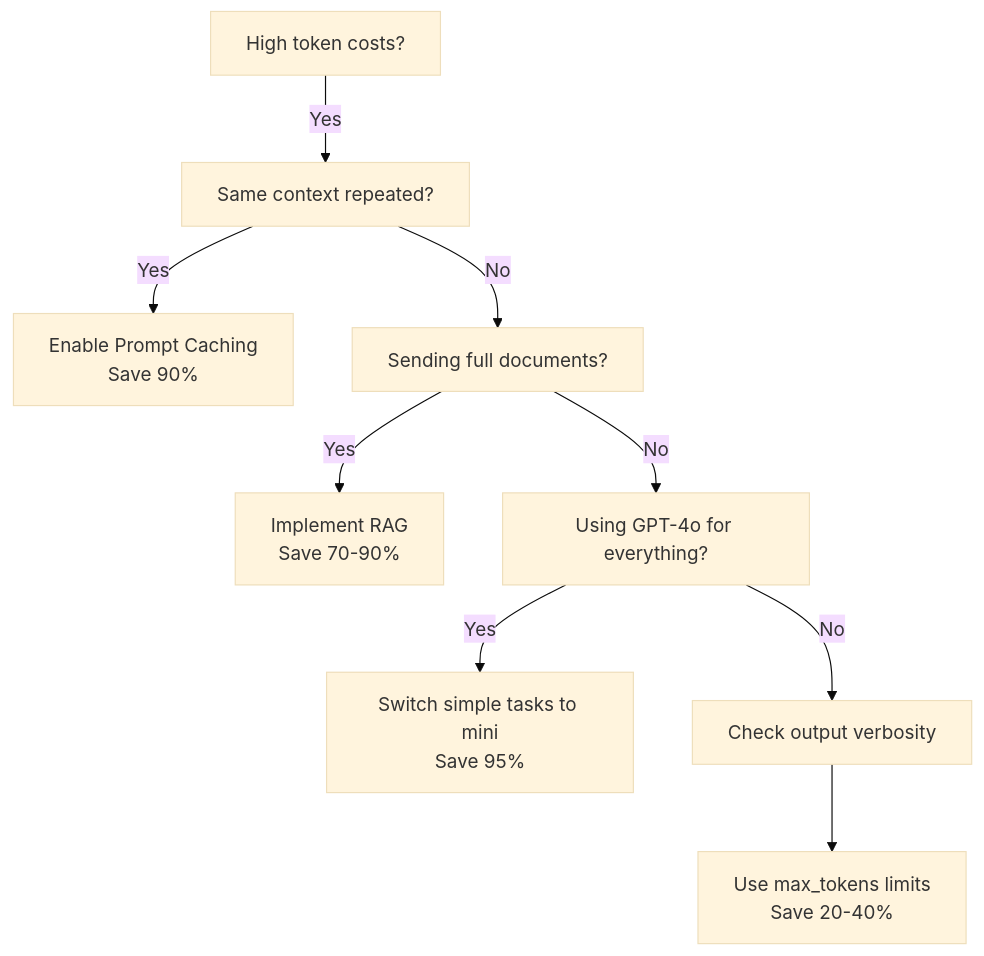
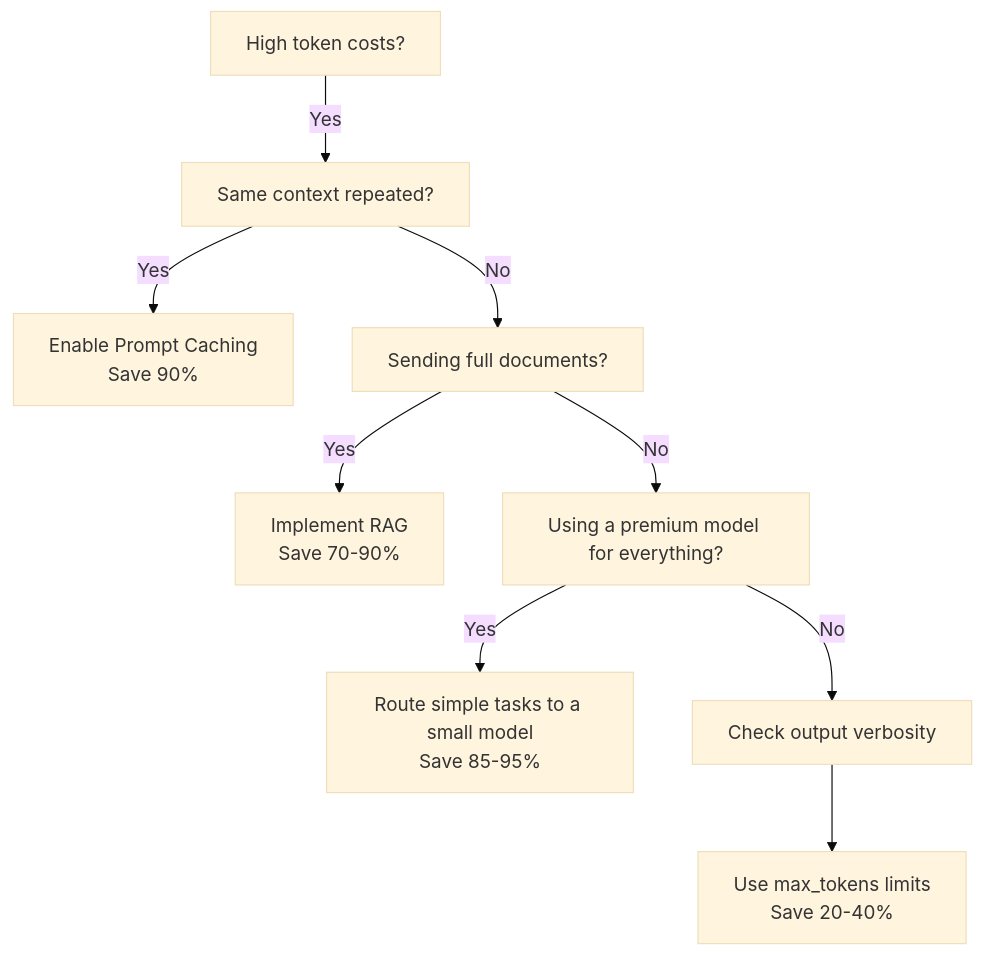
Before and after one commit to GeorgeMoros-BM/AI-IT-Pro-Guide: the diagram in 02-Practical-Implementation/Token-Cost-Quick-Reference.md, drawn with Mermaid (base theme). The commit also changed other lines of this file and 7 other files, not shown here.

````diff
--- a/02-Practical-Implementation/Token-Cost-Quick-Reference.md
+++ b/02-Practical-Implementation/Token-Cost-Quick-Reference.md
@@ -13,11 +13,11 @@
 ```mermaid
 graph TD
     A[High token costs?] -->|Yes| B[Same context repeated?]
     B -->|Yes| C[Enable Prompt Caching<br/>Save 90%]
     B -->|No| D[Sending full documents?]
     D -->|Yes| E[Implement RAG<br/>Save 70-90%]
-    D -->|No| F[Using GPT-4o for everything?]
-    F -->|Yes| G[Switch simple tasks to mini<br/>Save 95%]
+    D -->|No| F[Using a premium model for everything?]
+    F -->|Yes| G[Route simple tasks to a small model<br/>Save 85-95%]
     F -->|No| H[Check output verbosity]
     H --> I[Use max_tokens limits<br/>Save 20-40%]
 ```
````
